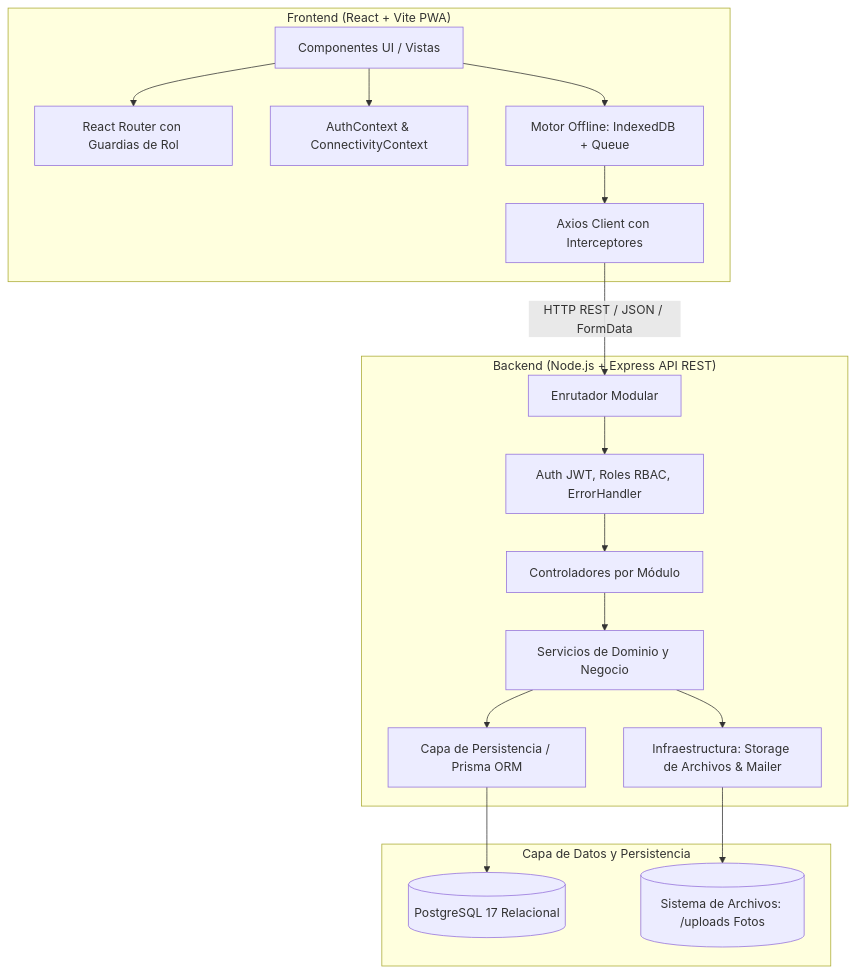
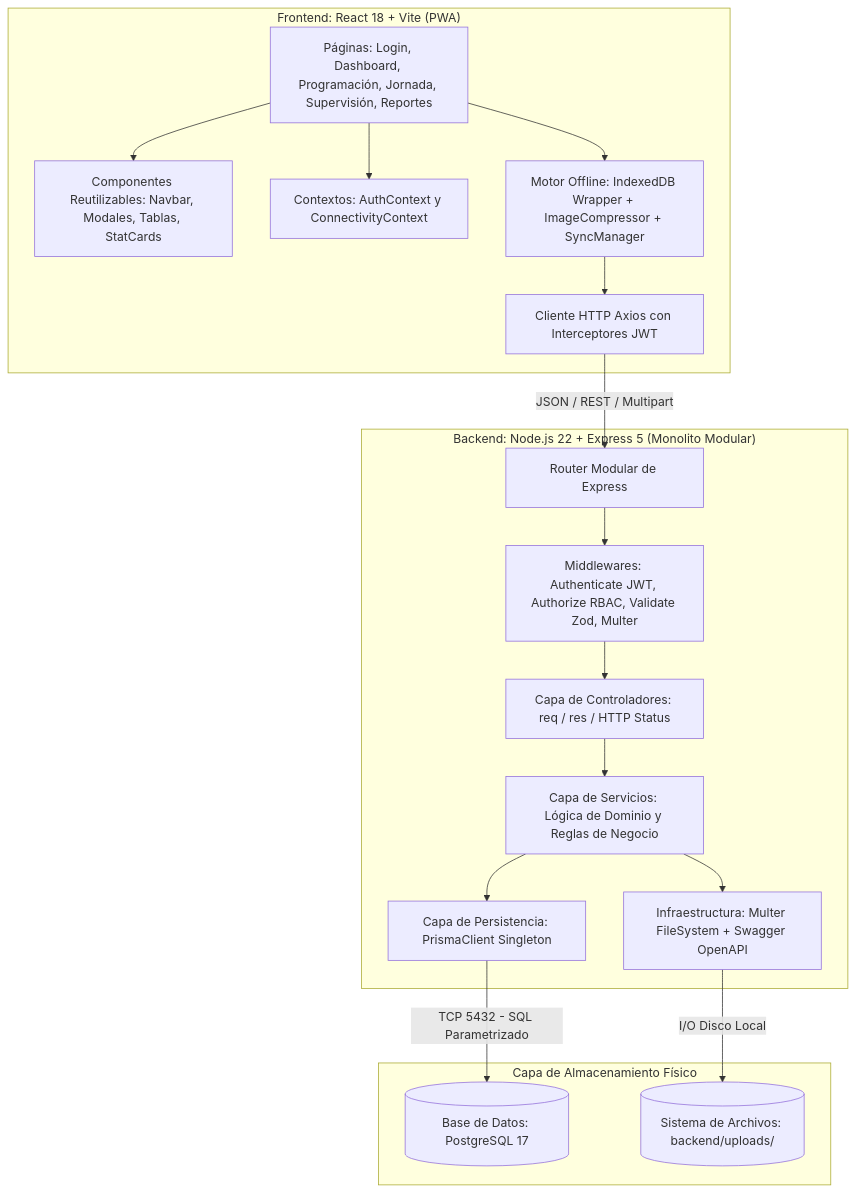
One commit to mabel289/servicontrol changed the second of 4 diagrams in docs/ARQUITECTURA.md. Above: the diagram before and after it, drawn with Mermaid. The commit also changed other lines of this file and 5 other files, not shown here.

Commit message:
feat(etapa-8): documentacion OpenAPI Swagger interactiva, documento formal de arquitectura de 11 puntos y guia completa de sustentacion academica

````diff
--- a/docs/ARQUITECTURA.md
+++ b/docs/ARQUITECTURA.md
@@ -91,37 +115,39 @@
 ```mermaid
 flowchart TD
-    subgraph Frontend["Frontend (React + Vite PWA)"]
-        UI[Componentes UI / Vistas]
-        Routing[React Router con Guardias de Rol]
-        Context[AuthContext & ConnectivityContext]
-        OfflineEngine[Motor Offline: IndexedDB + Queue]
-        ApiClient[Axios Client con Interceptores]
+    subgraph FrontendApp["Frontend: React 18 + Vite (PWA)"]
+        UI_Pages[Páginas: Login, Dashboard, Programación, Jornada, Supervisión, Reportes]
+        UI_Components[Componentes Reutilizables: Navbar, Modales, Tablas, StatCards]
+        Contexts[Contextos: AuthContext y ConnectivityContext]
+        OfflineEngine[Motor Offline: IndexedDB Wrapper + ImageCompressor + SyncManager]
+        AxiosClient[Cliente HTTP Axios con Interceptores JWT]
+
+        UI_Pages --> UI_Components
+        UI_Pages --> Contexts
+        UI_Pages --> OfflineEngine
+        OfflineEngine --> AxiosClient
     end
 
-    subgraph Backend["Backend (Node.js + Express API REST)"]
-        Routes[Enrutador Modular]
-        Middlewares[Auth JWT, Roles RBAC, ErrorHandler]
-        Controllers[Controladores por Módulo]
-        Services[Servicios de Dominio y Negocio]
-        Repositories[Capa de Persistencia / Prisma ORM]
-        Infra[Infraestructura: Storage de Archivos & Mailer]
+    subgraph BackendAPI["Backend: Node.js 22 + Express 5 (Monolito Modular)"]
+        Router[Router Modular de Express]
+        Middlewares[Middlewares: Authenticate JWT, Authorize RBAC, Validate Zod, Multer]
+        Controllers[Capa de Controladores: req / res / HTTP Status]
+        Services[Capa de Servicios: Lógica de Dominio y Reglas de Negocio]
+        PrismaSingleton[Capa de Persistencia: PrismaClient Singleton]
+        Infra[Infraestructura: Multer FileSystem + Swagger OpenAPI]
+
+        Router --> Middlewares
+        Middlewares --> Controllers
+        Controllers --> Services
+        Services --> PrismaSingleton
+        Services --> Infra
     end
 
-    subgraph StorageLayer["Capa de Datos y Persistencia"]
-        Postgres[(PostgreSQL 17 Relacional)]
-        FileSystem[(Sistema de Archivos: /uploads Fotos)]
+    subgraph DataStorage["Capa de Almacenamiento Físico"]
+        PG[(Base de Datos: PostgreSQL 17)]
+        Disk[(Sistema de Archivos: backend/uploads/)]
     end
 
-    UI --> Routing
-    UI --> Context
-    UI --> OfflineEngine
-    OfflineEngine --> ApiClient
-    ApiClient -->|HTTP REST / JSON / FormData| Routes
-    Routes --> Middlewares
-    Middlewares --> Controllers
-    Controllers --> Services
-    Services --> Repositories
-    Services --> Infra
-    Repositories --> Postgres
-    Infra --> FileSystem
+    AxiosClient -->|JSON / REST / Multipart| Router
+    PrismaSingleton -->|TCP 5432 - SQL Parametrizado| PG
+    Infra -->|I/O Disco Local| Disk
 ```
````
